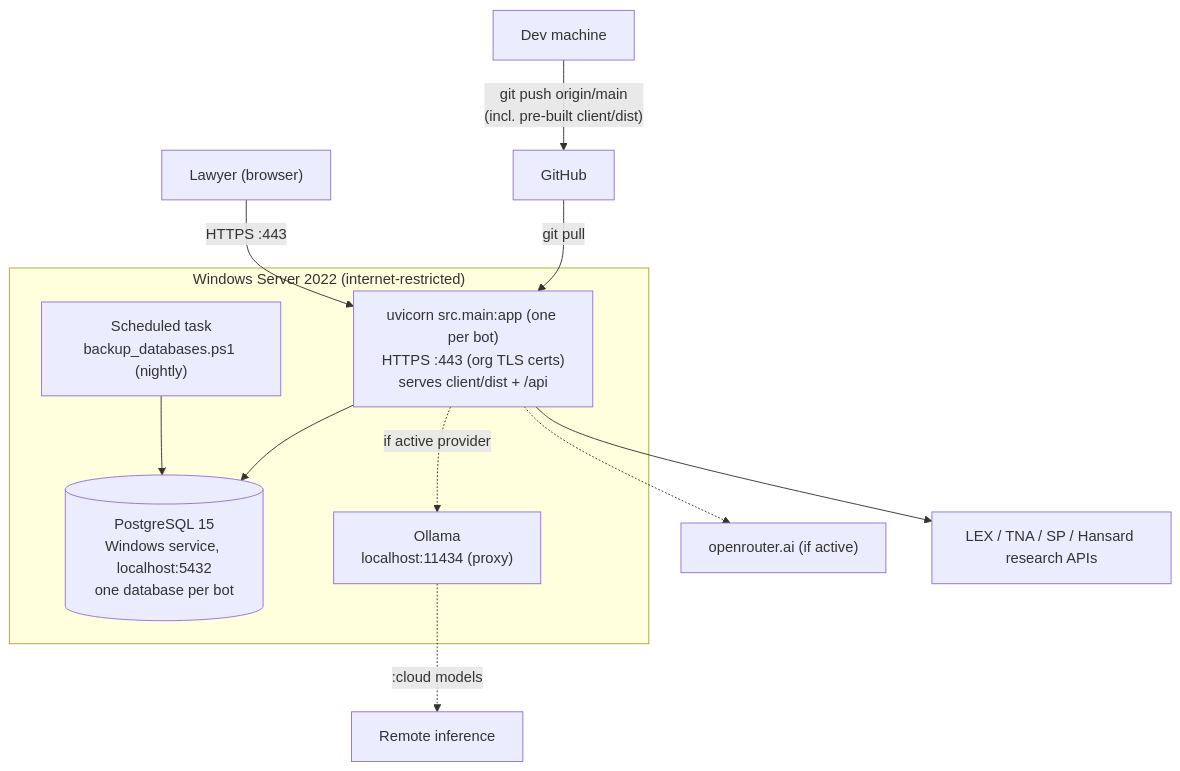
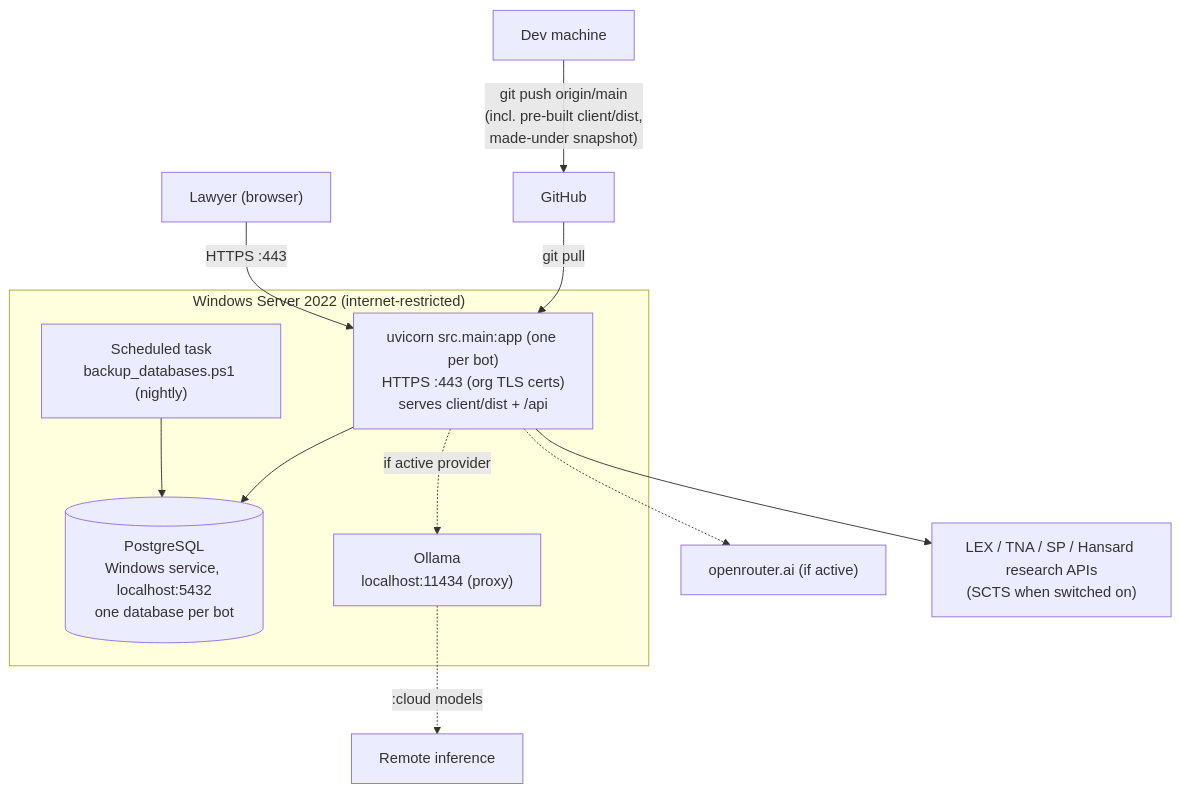
One commit to delphium226/LexChat changed diagram 15 of 15 in docs/ARCHITECTURE.md. Above: the diagram before and after it, drawn with Mermaid. The commit also changed other lines of this file and 18 other files, not shown here.

````diff
--- a/docs/ARCHITECTURE.md
+++ b/docs/ARCHITECTURE.md
@@ -772,20 +1088,20 @@
 ```mermaid
 graph TB
     subgraph target["Windows Server 2022 (internet-restricted)"]
         uvicorn["uvicorn src.main:app (one per bot)<br/>HTTPS :443 (org TLS certs)<br/>serves client/dist + /api"]
-        pg[("PostgreSQL 15<br/>Windows service, localhost:5432<br/>one database per bot")]
+        pg[("PostgreSQL<br/>Windows service, localhost:5432<br/>one database per bot")]
         ollama["Ollama<br/>localhost:11434 (proxy)"]
         task["Scheduled task<br/>backup_databases.ps1 (nightly)"]
         uvicorn --> pg
         task --> pg
         uvicorn -.->|if active provider| ollama
     end
 
-    dev["Dev machine"] -->|"git push origin/main<br/>(incl. pre-built client/dist)"| gh["GitHub"]
+    dev["Dev machine"] -->|"git push origin/main<br/>(incl. pre-built client/dist,<br/>made-under snapshot)"| gh["GitHub"]
     gh -->|"git pull"| uvicorn
     ollama -.->|":cloud models"| cloud["Remote inference"]
     uvicorn -.-> openrouter["openrouter.ai (if active)"]
-    uvicorn --> research["LEX / TNA / SP / Hansard research APIs"]
+    uvicorn --> research["LEX / TNA / SP / Hansard research APIs<br/>(SCTS when switched on)"]
 
     user["Lawyer (browser)"] -->|HTTPS :443| uvicorn
 ```
````
